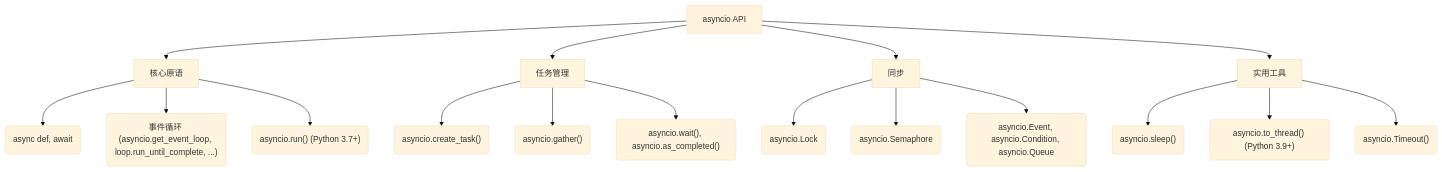
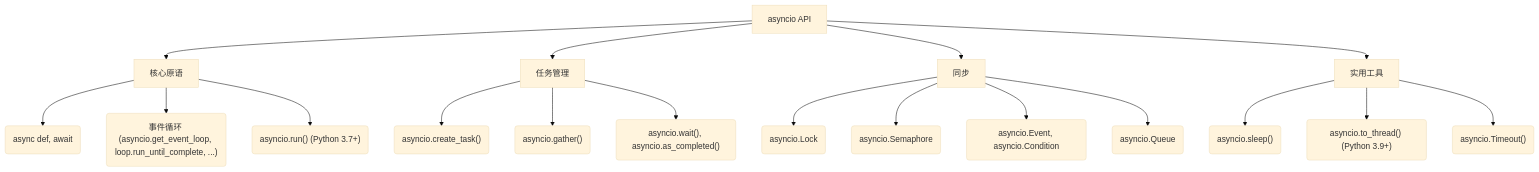
Before and after one commit to tt33415366/python_data_process_lib_intro: the third of 4 diagrams in docs/concurrency/zh/async_await_evolution_document.zh.md, drawn with Mermaid (base theme). The commit also changed other lines of this file and 1 other file, not shown here.

Commit message:
docs: Add asyncio.Queue example to async/await evolution documents (en/zh)

````diff
--- a/docs/concurrency/zh/async_await_evolution_document.zh.md
+++ b/docs/concurrency/zh/async_await_evolution_document.zh.md
@@ -490,24 +566,25 @@
 ```mermaid
 graph TD
     A[asyncio API]
     A --> B[核心原语]
     A --> C[任务管理]
     A --> D[同步]
     A --> E[实用工具]
 
     B --> B1("async def, await")
     B --> B2("事件循环 (asyncio.get_event_loop, loop.run_until_complete, ...)")
     B --> B3("asyncio.run() (Python 3.7+)")
 
     C --> C1("asyncio.create_task()")
     C --> C2("asyncio.gather()")
     C --> C3("asyncio.wait(), asyncio.as_completed()")
 
     D --> D1("asyncio.Lock")
     D --> D2("asyncio.Semaphore")
-    D --> D3("asyncio.Event, asyncio.Condition, asyncio.Queue")
+    D --> D3("asyncio.Event, asyncio.Condition")
+    D --> D4("asyncio.Queue")
 
     E --> E1("asyncio.sleep()")
     E --> E2("asyncio.to_thread() (Python 3.9+)")
     E --> E3("asyncio.Timeout()")
 ```
````
